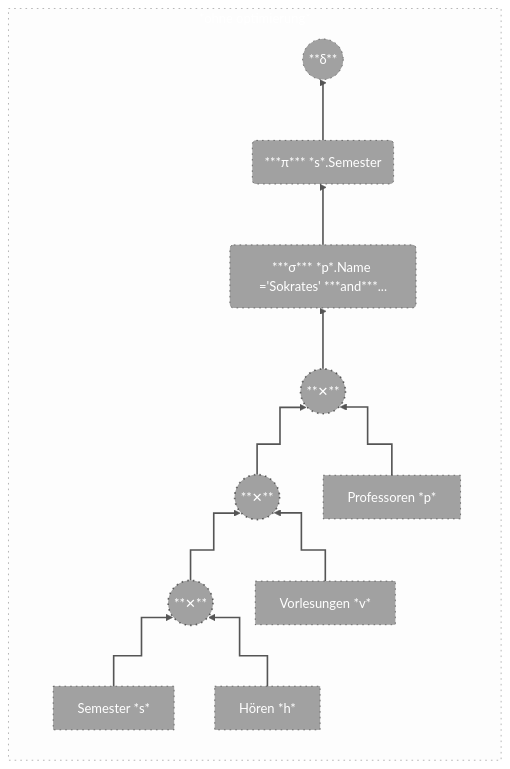
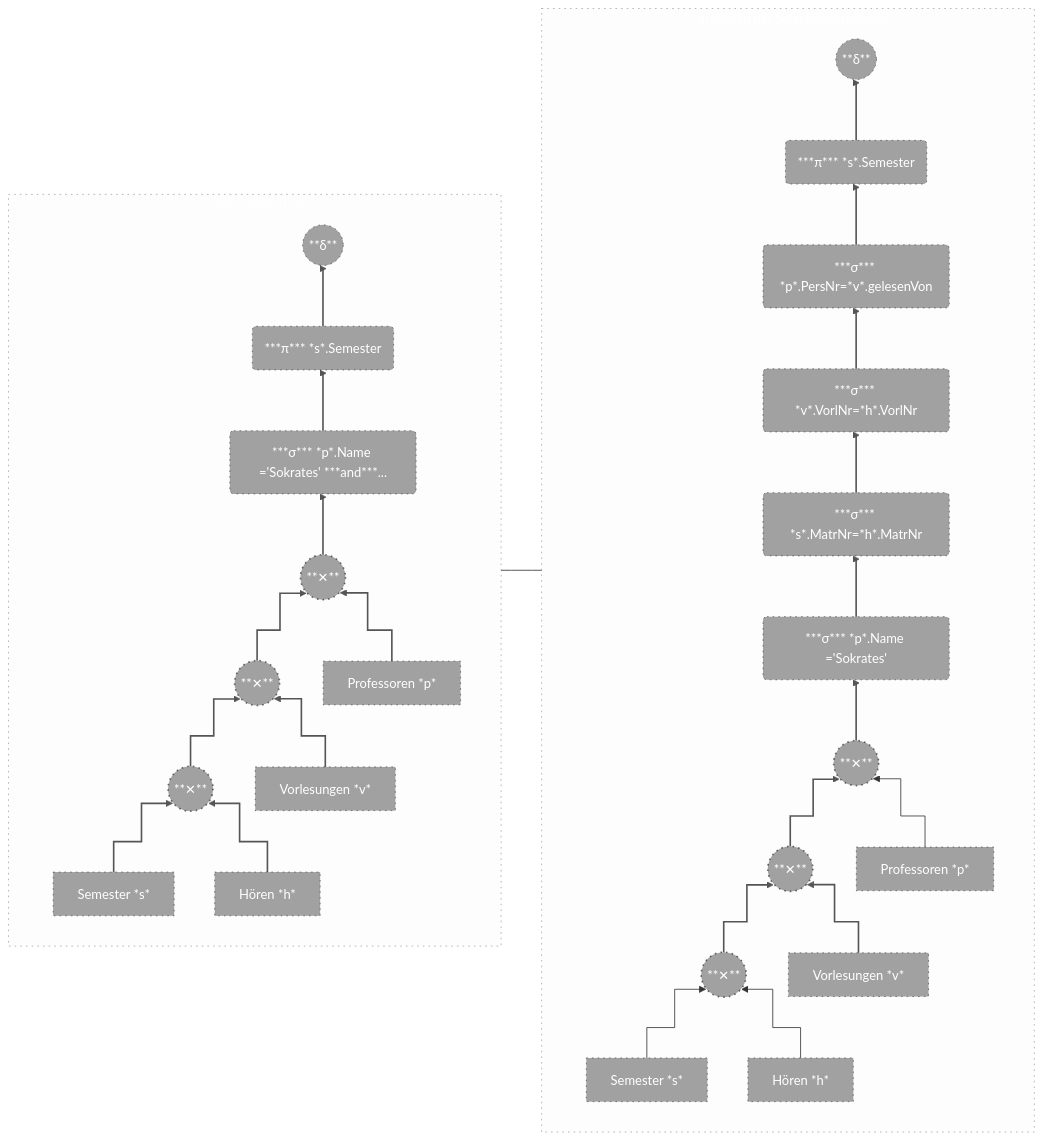
Before and after one commit to IxI-Enki/DbiTheorie-001: the diagram in diagrams/logische-optimierung.md, drawn with Mermaid.

````diff
--- a/diagrams/logische-optimierung.md
+++ b/diagrams/logische-optimierung.md
@@ -8,15 +8,15 @@
 ```mermaid
 %%{init: { "flowchart": { "curve": "step" } } }%%
 
-flowchart BT
+flowchart LR
   classDef steps fill:#00000002, stroke:#0000005a, stroke-width:1px, color:#fff, stroke-dasharray: 2 5;
-
-  subgraph step0[ *ohne optimierung* ]
-    direction BT
   classDef cross fill:#0000005d, stroke:#0000008a, stroke-width:2px, color:#fff, stroke-dasharray: 2 5;
   classDef node fill:#0000005d, stroke:#0000008a, stroke-width:1px, color:#fff, stroke-dasharray: 2 5;
   classDef sub fill:#0000000b, stroke:#ffffff0e, stroke-width:1px, color:#fff;
   classDef note fill:#00000031, stroke:#0000005a, stroke-width:1px, color:#fff, stroke-dasharray: 2 5;
+
+  subgraph step0[ *ohne optimierung* ]
+  direction BT
 
   0((**δ**))
   1(***π*** *s*.Semester )
@@ -50,29 +50,66 @@
   %% 8      
   h  --> x3       
   linkStyle 0,1,2,3,4,5,6,7,8 fill:none, stroke:#555, stroke-width:2px, color:white;
-%%  subgraph sub0 [" "]
-%%    0
-%%    note( Result )
-%%  end
-%%  subgraph sub1 [" "]
-%%    1
-%%    note1( Distinct )
-%%  end
-%%  subgraph sub2 [" "]
-%%    2
-%%    note2( Where-Clausle )
-%%  end
-%% 
-%%  subgraph subX [" "]
-%%    noteX( Cross-Joins )
-%%    x  
-%%    x2
-%%    x3
-%%  end
-%%  class sub0,sub1,sub2,subP,subV,subS,subH,subX sub;
-%%  class note,note1,note2,noteH,noteS,noteV,noteP,noteX note;
-end
-class step0 steps;
+  %%  subgraph sub0 [" "]
+  %%    0
+  %%    note( Result )
+  %%  end
+  %%  subgraph sub1 [" "]
+  %%    1
+  %%    note1( Distinct )
+  %%  end
+  %%  subgraph sub2 [" "]
+  %%    2
+  %%    note2( Where-Clausle )
+  %%  end
+  %% 
+  %%  subgraph subX [" "]
+  %%    noteX( Cross-Joins )
+  %%    x  
+  %%    x2
+  %%    x3
+  %%  end
+  %%  class sub0,sub1,sub2,subP,subV,subS,subH,subX sub;
+  %%  class note,note1,note2,noteH,noteS,noteV,noteP,noteX note;
+  end
+
+subgraph step1[ *Aufspalten der Selectionsprädikate* ]
+  direction BT
+
+  01((**δ**))
+  11(***π*** *s*.Semester )
+  21a(***σ*** *p*.PersNr=*v*.gelesenVon)
+  21b(***σ*** *v*.VorlNr=*h*.VorlNr)
+  21c(***σ*** *s*.MatrNr=*h*.MatrNr)
+  21d(***σ*** *p*.Name ='Sokrates')
+  p1[Professoren *p*]
+  s1[Semester *s*]
+  h1[Hören *h*]
+  v1[Vorlesungen *v*]
+  x_((**✕**))
+  x2_((**✕**))
+  x3_((**✕**))
+  class x_,x2_,x3_ cross;
+  class 01,11,21,p1,v1,s1,h1 node;
+  
+  11  --> 01        
+  21a  --> 11        
+  x_  --> 21d
+  21b --> 21a
+  21c --> 21b        
+  21d --> 21c
+  x2_ --> x_        
+  x3_ --> x2_       
+  v1  --> x2_       
+  p1  --> x_        
+  s1  --> x3_       
+  h1  --> x3_    
+  linkStyle 9,10,11,12,13,14,15,16,17 fill:none, stroke:#555, stroke-width:2px, color:white;
+
+  end
+
+step0 --- step1
 
   
+class step0,step1 steps;
 ```
````
